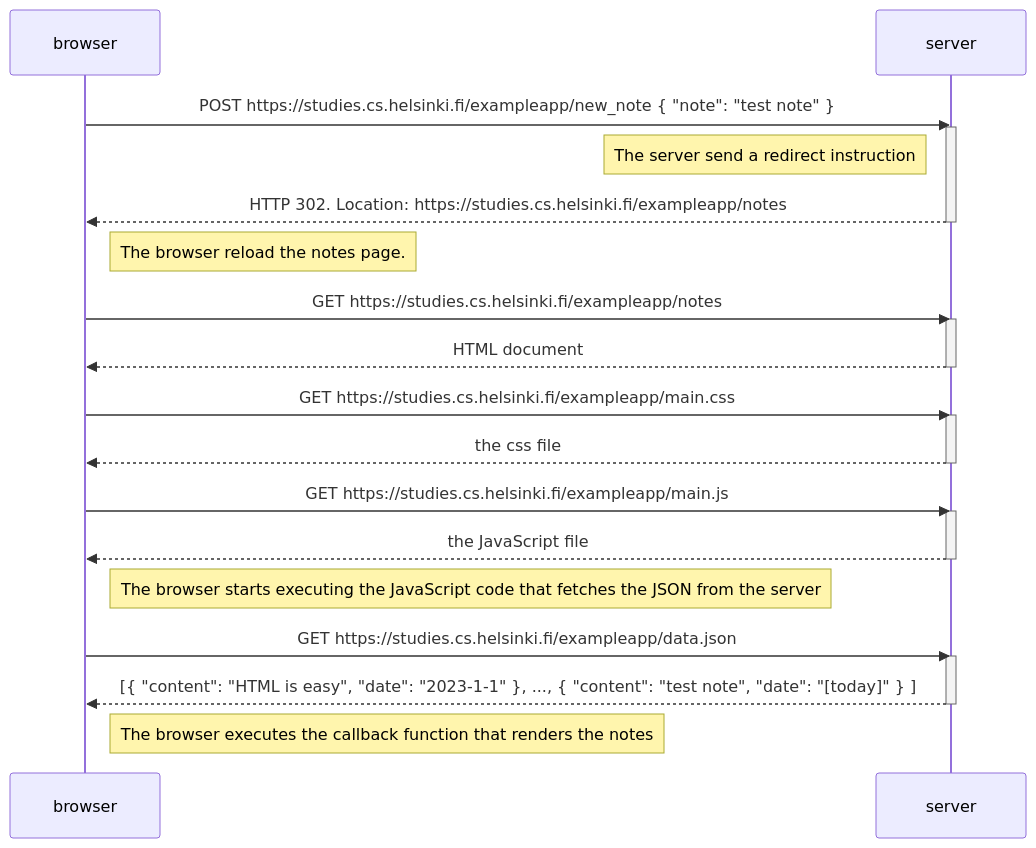
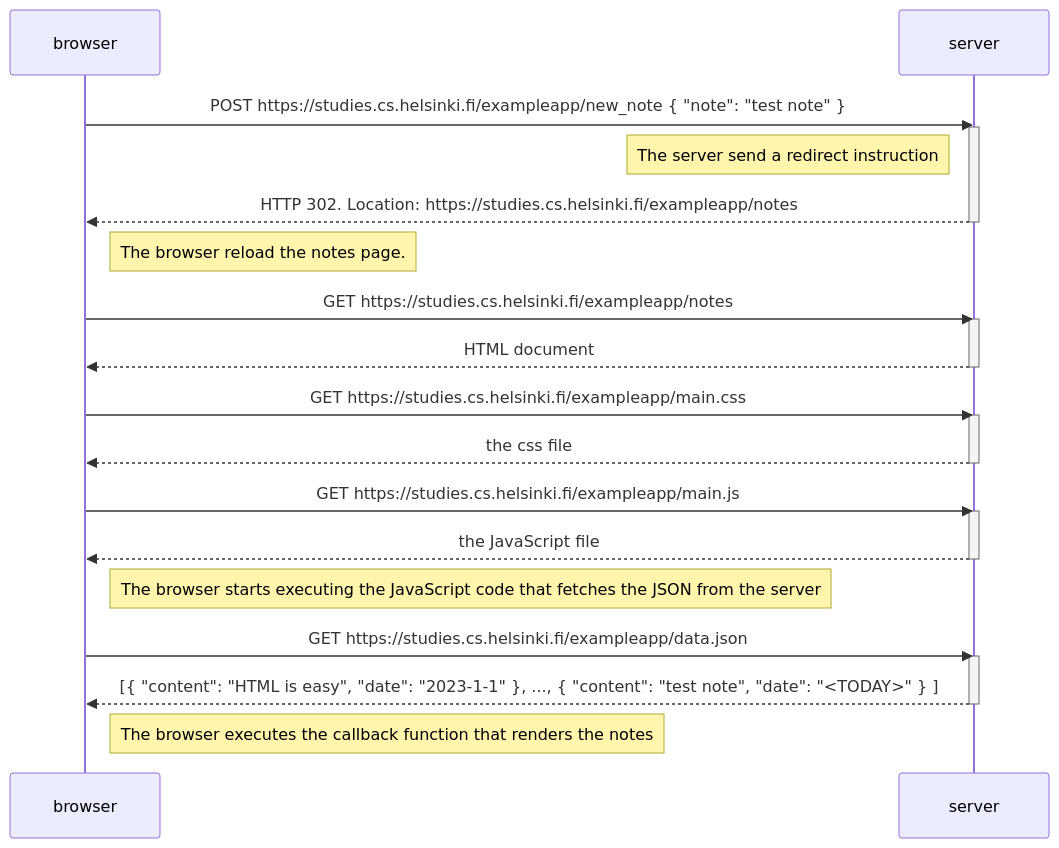
The second of 4 diagrams in part0/diagrama.md (gerard-z/fullStackOpen), drawn with Mermaid before and after one commit. The commit also changed other lines of this file, not shown here.

Commit message:
se agrega diagrama de aplicación de una sola página

````diff
--- a/part0/diagrama.md
+++ b/part0/diagrama.md
@@ -36,37 +36,37 @@
 ```mermaid
 sequenceDiagram
     participant browser
     participant server
 
     browser->>server: POST https://studies.cs.helsinki.fi/exampleapp/new_note { "note": "test note" }
     activate server
     Note left of server: The server send a redirect instruction
     server-->>browser: HTTP 302. Location: https://studies.cs.helsinki.fi/exampleapp/notes
     deactivate server
 
     Note right of browser: The browser reload the notes page.
 
     browser->>server: GET https://studies.cs.helsinki.fi/exampleapp/notes
     activate server
     server-->>browser: HTML document
     deactivate server
 
     browser->>server: GET https://studies.cs.helsinki.fi/exampleapp/main.css
     activate server
     server-->>browser: the css file
     deactivate server
 
     browser->>server: GET https://studies.cs.helsinki.fi/exampleapp/main.js
     activate server
     server-->>browser: the JavaScript file
     deactivate server
 
     Note right of browser: The browser starts executing the JavaScript code that fetches the JSON from the server
 
     browser->>server: GET https://studies.cs.helsinki.fi/exampleapp/data.json
     activate server
-    server-->>browser: [{ "content": "HTML is easy", "date": "2023-1-1" }, ..., { "content": "test note", "date": "[today]" } ]
+    server-->>browser: [{ "content": "HTML is easy", "date": "2023-1-1" }, ..., { "content": "test note", "date": "<TODAY>" } ]
     deactivate server
 
     Note right of browser: The browser executes the callback function that renders the notes
 ```
````
